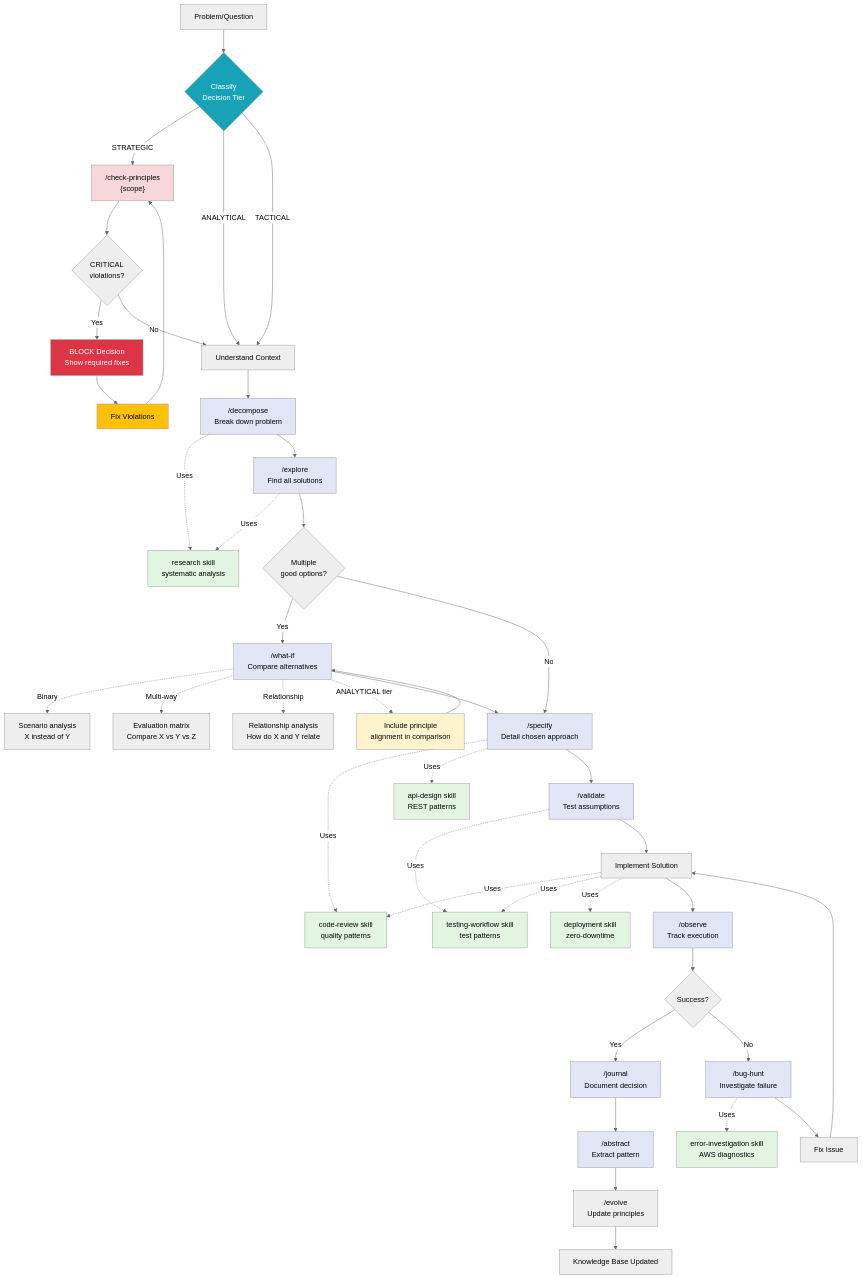
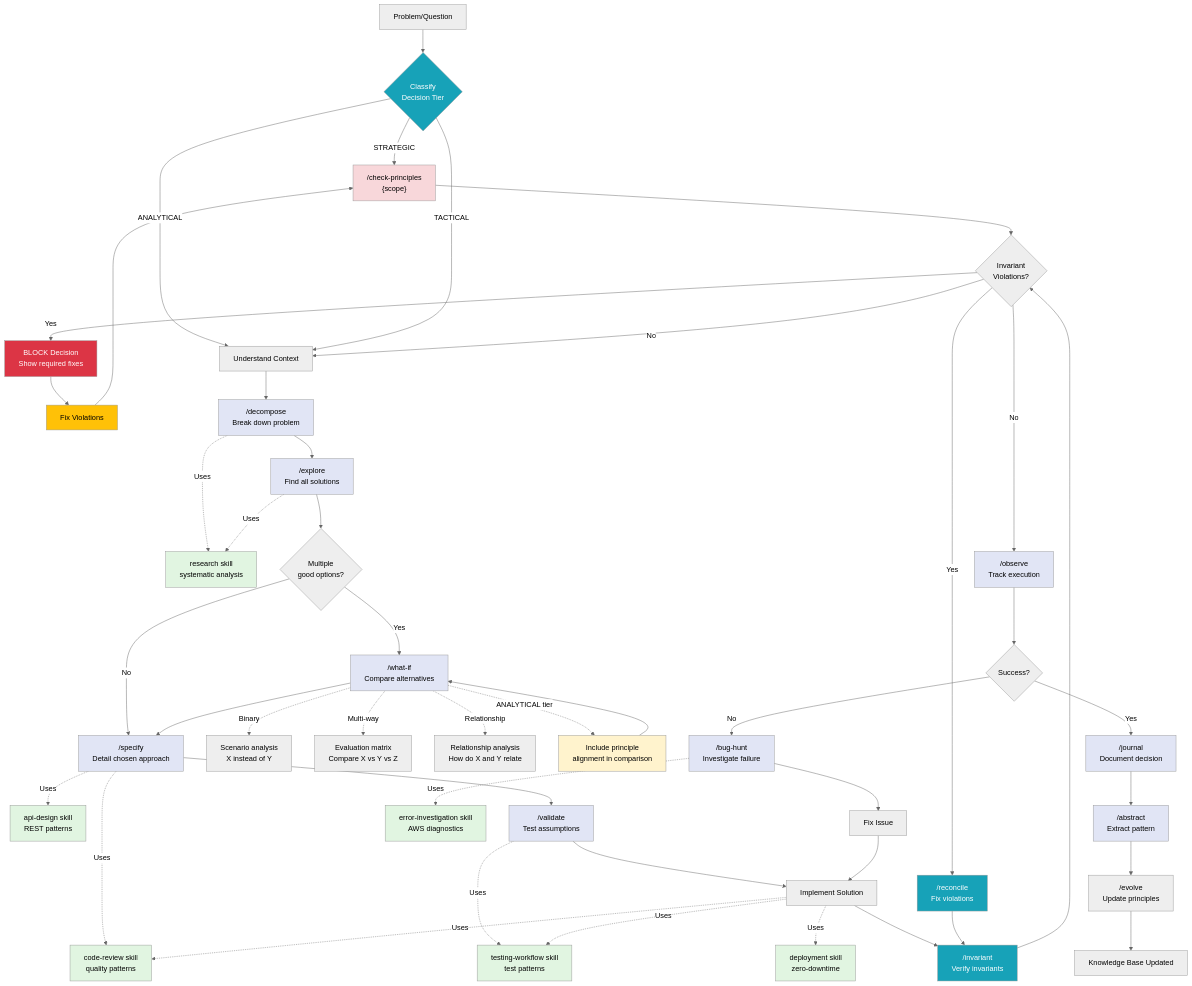
One commit to Awannaphasch2016/dr-daily-report changed the fifth of 13 diagrams in .claude/diagrams/thinking-process-architecture.md. Above: the diagram before and after it, drawn with Mermaid (neutral theme). The commit also changed other lines of this file and 8 other files, not shown here.

First line of the commit message:
feat(architecture): Add Thinking Tuple Protocol for disciplined reasoning

```diff
--- a/.claude/diagrams/thinking-process-architecture.md
+++ b/.claude/diagrams/thinking-process-architecture.md
@@ -349,7 +349,14 @@
     IMPLEMENT -.->|Uses| SKILL_TESTING
     IMPLEMENT -.->|Uses| SKILL_DEPLOY[deployment skill<br/>zero-downtime]
 
-    IMPLEMENT --> CMD_OBSERVE["/observe<br/>Track execution"]
+    IMPLEMENT --> CMD_INVARIANT["/invariant<br/>Verify invariants"]
+
+    CMD_INVARIANT --> VIOLATIONS{Invariant<br/>Violations?}
+
+    VIOLATIONS -->|Yes| CMD_RECONCILE["/reconcile<br/>Fix violations"]
+    CMD_RECONCILE --> CMD_INVARIANT
+
+    VIOLATIONS -->|No| CMD_OBSERVE["/observe<br/>Track execution"]
 
     CMD_OBSERVE --> WORKED{Success?}
 
@@ -380,6 +387,8 @@
     style CMD_JOURNAL fill:#e1e5f5
     style CMD_BUGHUNT fill:#e1e5f5
     style CMD_ABSTRACT fill:#e1e5f5
+    style CMD_INVARIANT fill:#17a2b8,color:#fff
+    style CMD_RECONCILE fill:#17a2b8,color:#fff
 
     style SKILL_RESEARCH fill:#e1f5e1
     style SKILL_CODEREVIEW fill:#e1f5e1
```
